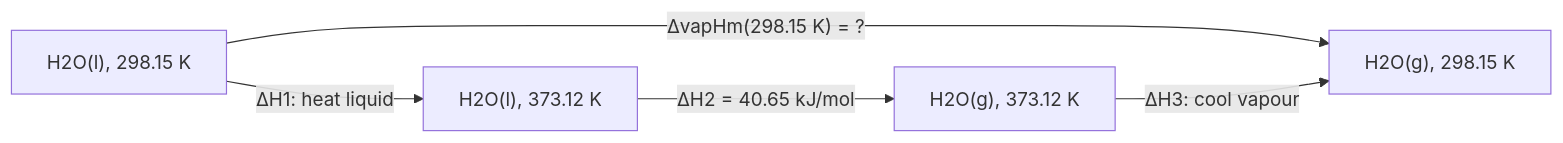
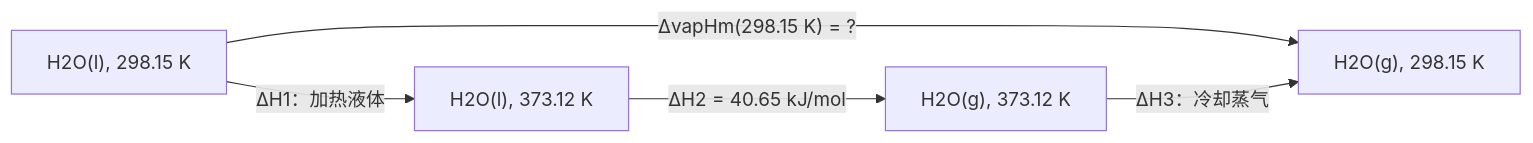
Before and after one commit to zf-li23/personal-wiki-site: the first of 2 diagrams in content/6.chemistry/6.3.physical-chemistry/6.3.1.first-law-applications/index.zh.md, drawn with Mermaid. The commit also changed other lines of this file and 3 other files, not shown here.

Commit message:
6.3.1–6.3.2 review: zh captions and Mermaid labels in Chinese

````diff
--- a/content/6.chemistry/6.3.physical-chemistry/6.3.1.first-law-applications/index.zh.md
+++ b/content/6.chemistry/6.3.physical-chemistry/6.3.1.first-law-applications/index.zh.md
@@ -446,7 +446,7 @@
 ```mermaid
 flowchart LR
   A["H2O(l), 298.15 K"] -->|"ΔvapHm(298.15 K) = ?"| D["H2O(g), 298.15 K"]
-  A -->|"ΔH1: heat liquid"| B["H2O(l), 373.12 K"]
+  A -->|"ΔH1：加热液体"| B["H2O(l), 373.12 K"]
   B -->|"ΔH2 = 40.65 kJ/mol"| C["H2O(g), 373.12 K"]
-  C -->|"ΔH3: cool vapour"| D
+  C -->|"ΔH3：冷却蒸气"| D
 ```
````
